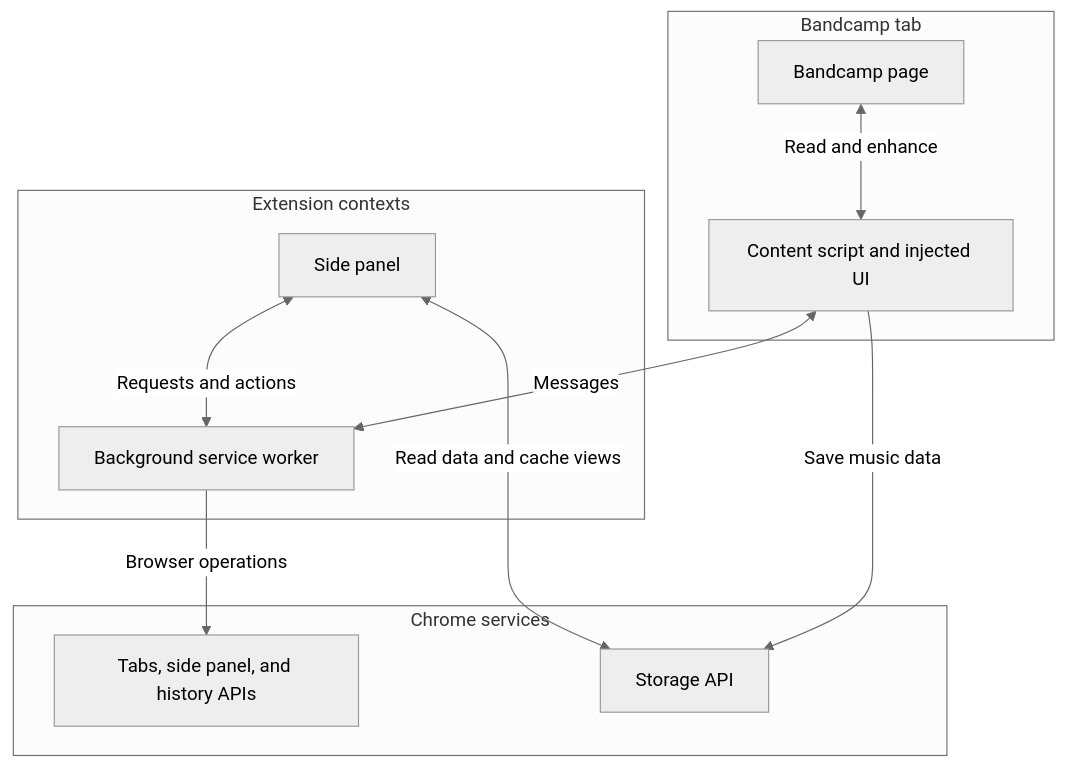
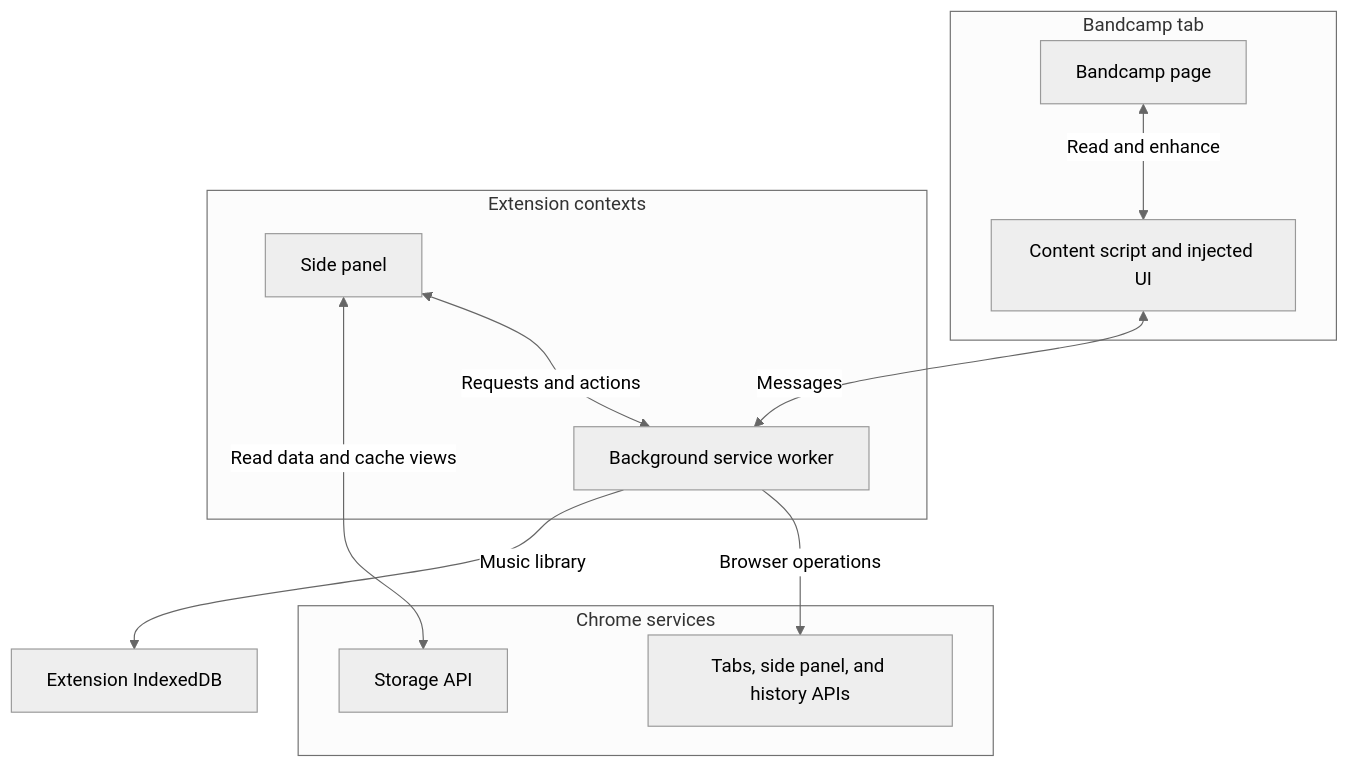
Before and after one commit to Serhii-DV/bcx: the diagram in docs/architecture/extension-overview.md, drawn with Mermaid (neutral theme). The commit also changed other lines of this file and 97 other files, not shown here.

First line of the commit message:
Refactor music and fan data storage (#53)

````diff
--- a/docs/architecture/extension-overview.md
+++ b/docs/architecture/extension-overview.md
@@ -5,24 +5,24 @@
 ```mermaid
 flowchart TB
     subgraph tab[Bandcamp tab]
         page[Bandcamp page]
         content[Content script and injected UI]
         page <-->|Read and enhance| content
     end
 
     subgraph extension[Extension contexts]
         panel[Side panel]
         background[Background service worker]
         panel <-->|Requests and actions| background
     end
 
     subgraph browser[Chrome services]
         apis[Tabs, side panel, and history APIs]
         storage[Storage API]
     end
 
     content <-->|Messages| background
     background -->|Browser operations| apis
-    content -->|Save music data| storage
+    background -->|Music library| indexedDB[Extension IndexedDB]
     panel <-->|Read data and cache views| storage
 ```
````
